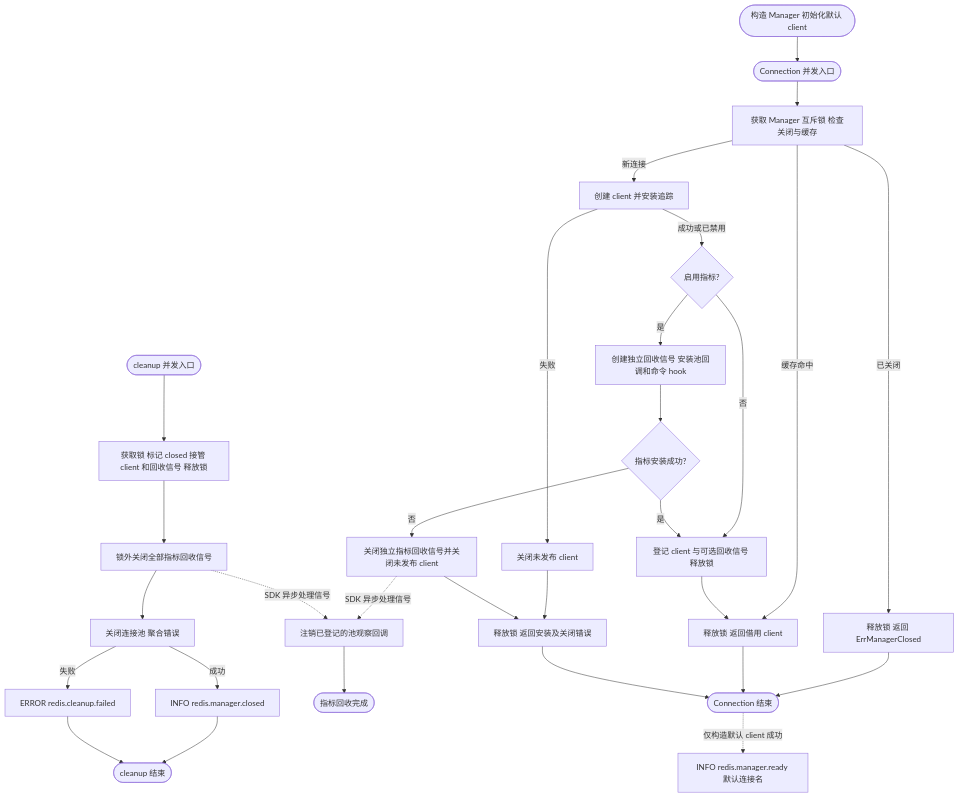
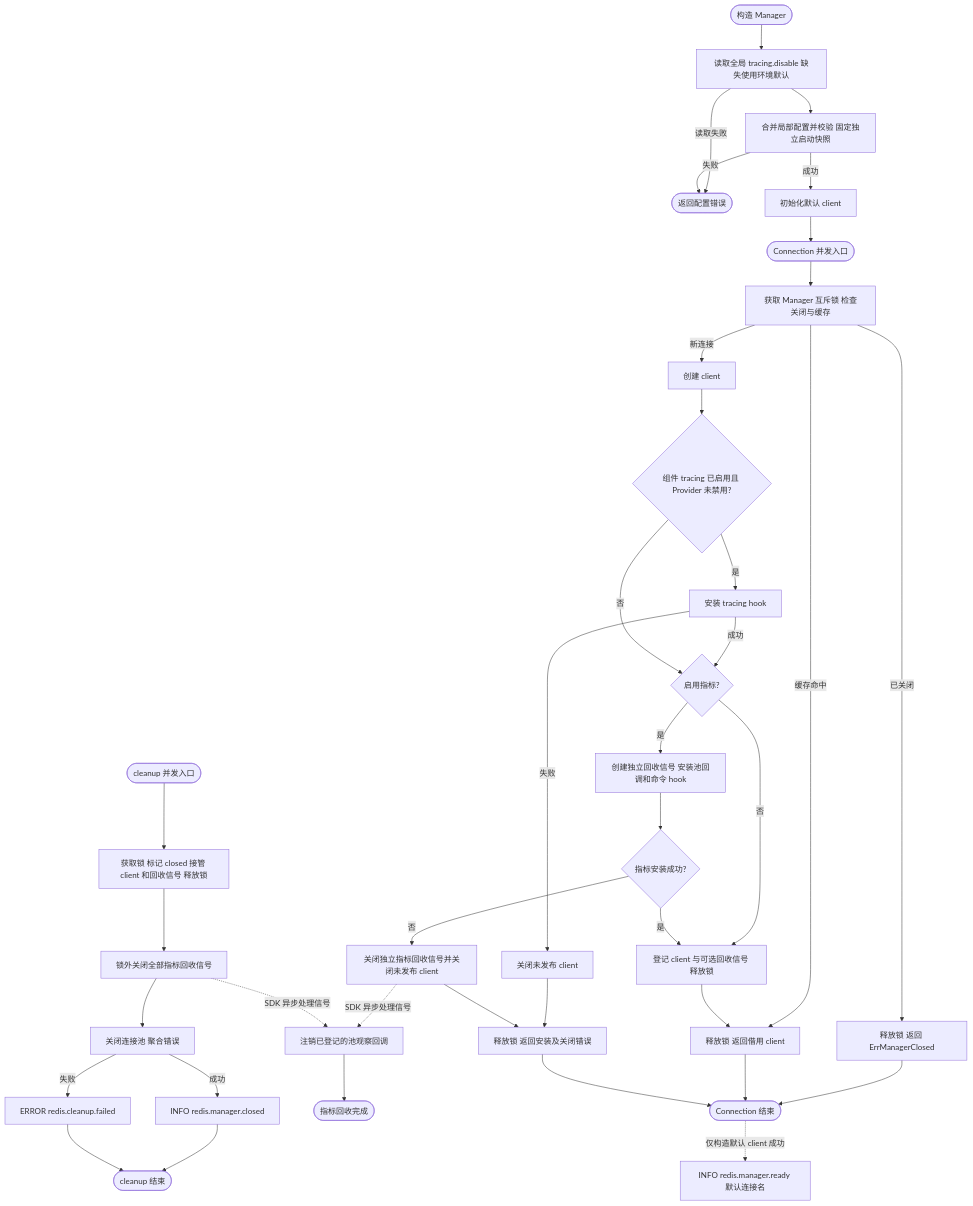
One commit to jaggerzhuang1994/kratos-foundation changed the first of 3 diagrams in pkg/redis/README.md. Above: the diagram before and after it, drawn with Mermaid. The commit also changed other lines of this file and 59 other files, not shown here.

````diff
--- a/pkg/redis/README.md
+++ b/pkg/redis/README.md
@@ -45,32 +49,40 @@
 ```mermaid
 flowchart TD
-    A0([构造 Manager 初始化默认 client]) --> A
+    A0([构造 Manager]) --> A2[读取全局 tracing.disable 缺失使用环境默认]
+    A2 -- 读取失败 --> A4([返回配置错误])
+    A2 --> A3[合并局部配置并校验 固定独立启动快照]
+    A3 -- 失败 --> A4
+    A3 -- 成功 --> A5[初始化默认 client]
+    A5 --> A
     A([Connection 并发入口]) --> B[获取 Manager 互斥锁 检查关闭与缓存]
     B -- 已关闭 --> C[释放锁 返回 ErrManagerClosed]
     B -- 缓存命中 --> D[释放锁 返回借用 client]
-    B -- 新连接 --> E[创建 client 并安装追踪]
-    E -- 失败 --> S[关闭未发布 client]
+    B -- 新连接 --> E[创建 client]
+    E --> E1{组件 tracing 已启用且 Provider 未禁用?}
+    E1 -- 是 --> E2[安装 tracing hook]
+    E2 -- 失败 --> S[关闭未发布 client]
     S --> H
-    E -- 成功或已禁用 --> T{启用指标?}
+    E2 -- 成功 --> T{启用指标?}
+    E1 -- 否 --> T
     T -- 否 --> I
     T -- 是 --> U[创建独立回收信号 安装池回调和命令 hook]
     U --> F{指标安装成功?}
     F -- 否 --> G[关闭独立指标回收信号并关闭未发布 client]
     G --> H[释放锁 返回安装及关闭错误]
     F -- 是 --> I[登记 client 与可选回收信号 释放锁]
     I --> D
     J([cleanup 并发入口]) --> K[获取锁 标记 closed 接管 client 和回收信号 释放锁]
     K --> L[锁外关闭全部指标回收信号]
     L --> M[关闭连接池 聚合错误]
     M -- 失败 --> N[ERROR redis.cleanup.failed]
     M -- 成功 --> V[INFO redis.manager.closed]
     V --> O([cleanup 结束])
     N --> O
     G -. SDK 异步处理信号 .-> P[注销已登记的池观察回调]
     L -. SDK 异步处理信号 .-> P
     P --> Q([指标回收完成])
     C --> R([Connection 结束])
     D --> R
     R -. 仅构造默认 client 成功 .-> A1[INFO redis.manager.ready 默认连接名]
     H --> R
 ```
````
